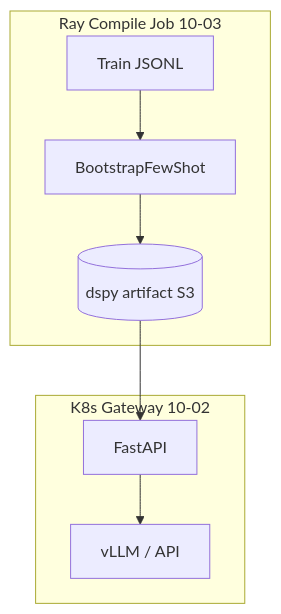
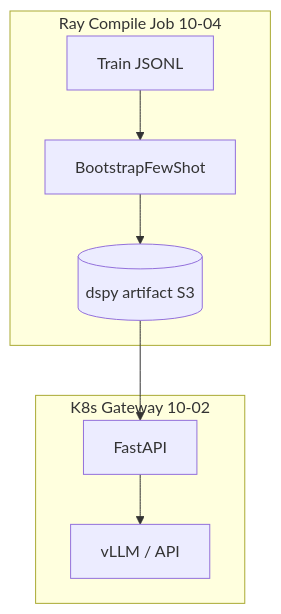
Before and after one commit to rcrahul43/GenAI-Masterclass: the second of 3 diagrams in Modules/12-Advanced-Topics/12-04-DSPy-Programmatic-Prompting.md, drawn with Mermaid. The commit also changed other lines of this file and 108 other files, not shown here.

````diff
--- a/Modules/12-Advanced-Topics/12-04-DSPy-Programmatic-Prompting.md
+++ b/Modules/12-Advanced-Topics/12-04-DSPy-Programmatic-Prompting.md
@@ -390,14 +390,14 @@
 ```mermaid
 flowchart TB
-    subgraph CompileJob["Ray Compile Job 10-03"]
+    subgraph CompileJob["Ray Compile Job 10-04"]
       DS[Train JSONL]
       OP[BootstrapFewShot]
       ART[(dspy artifact S3)]
       DS --> OP --> ART
     end
     subgraph Serve["K8s Gateway 10-02"]
       GW[FastAPI]
       ART --> GW
       GW --> VLLM[vLLM / API]
     end
 ```
````
